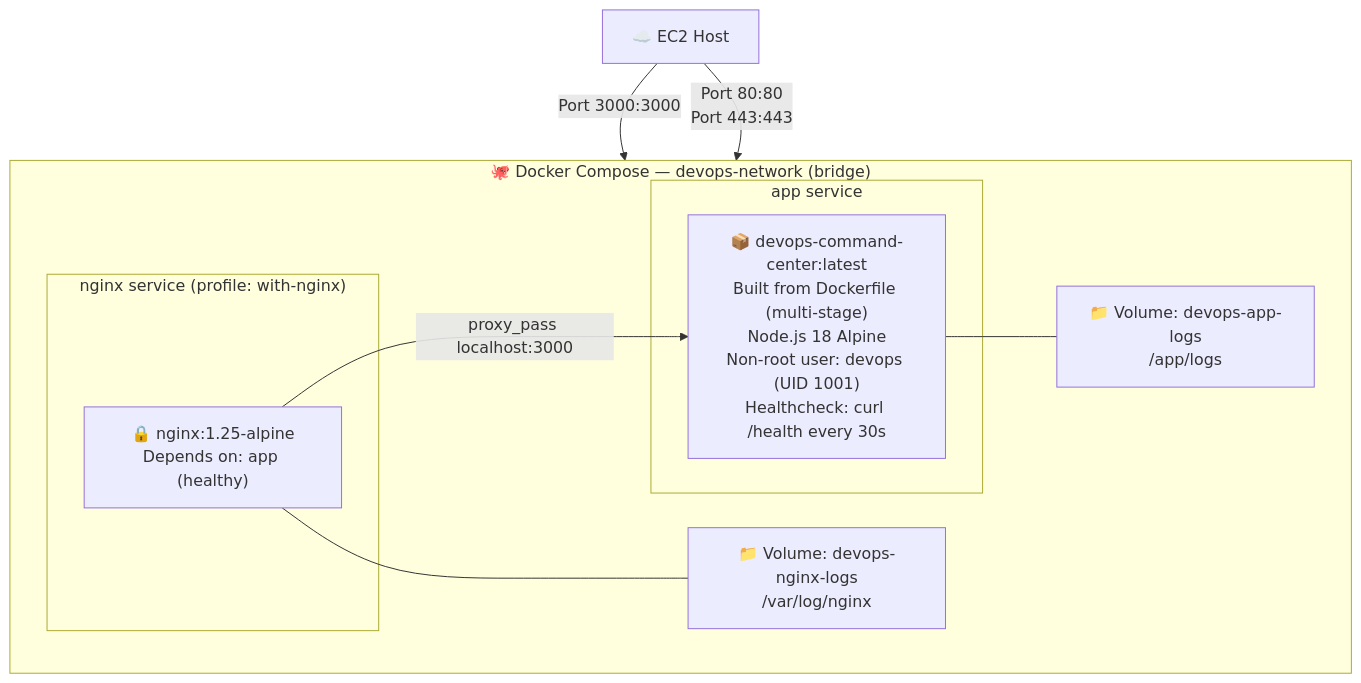
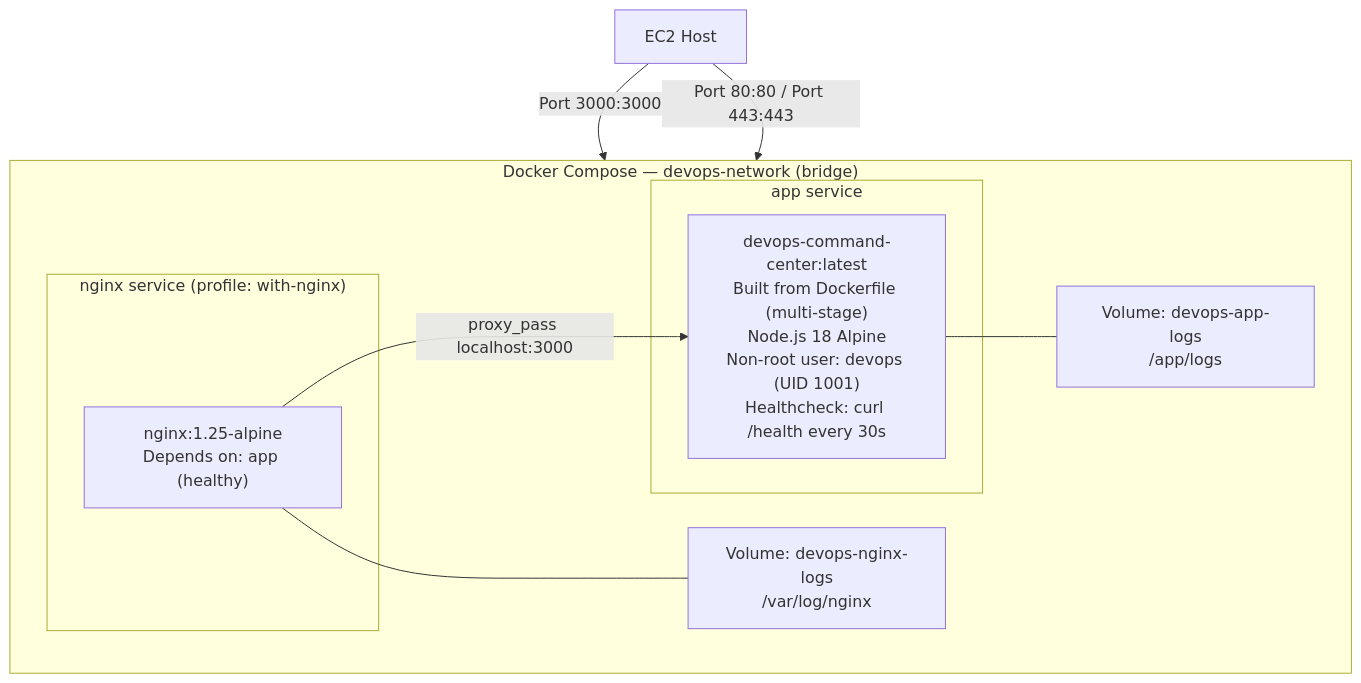
The fifth of 5 diagrams in docs/architecture.md (Harshit-Evalutation/node-web-app), drawn with Mermaid before and after one commit. The commit also changed other lines of this file and 6 other files, not shown here.

````diff
--- a/docs/architecture.md
+++ b/docs/architecture.md
@@ -120,23 +123,23 @@
 ```mermaid
 graph TB
-    subgraph Compose["🐙 Docker Compose — devops-network (bridge)"]
+    subgraph Compose["Docker Compose — devops-network (bridge)"]
         direction LR
 
         subgraph AppSvc["app service"]
-            App["📦 devops-command-center:latest<br/>Built from Dockerfile (multi-stage)<br/>Node.js 18 Alpine<br/>Non-root user: devops (UID 1001)<br/>Healthcheck: curl /health every 30s"]
+            App["devops-command-center:latest<br/>Built from Dockerfile (multi-stage)<br/>Node.js 18 Alpine<br/>Non-root user: devops (UID 1001)<br/>Healthcheck: curl /health every 30s"]
         end
 
         subgraph NginxSvc["nginx service (profile: with-nginx)"]
-            NginxC["🔒 nginx:1.25-alpine<br/>Depends on: app (healthy)"]
+            NginxC["nginx:1.25-alpine<br/>Depends on: app (healthy)"]
         end
 
-        Logs["📁 Volume: devops-app-logs<br/>/app/logs"]
-        NginxLogs["📁 Volume: devops-nginx-logs<br/>/var/log/nginx"]
+        Logs["Volume: devops-app-logs<br/>/app/logs"]
+        NginxLogs["Volume: devops-nginx-logs<br/>/var/log/nginx"]
     end
 
-    Host["☁️ EC2 Host"] -->|"Port 3000:3000"| App
-    Host -->|"Port 80:80<br/>Port 443:443"| NginxC
+    Host["EC2 Host"] -->|"Port 3000:3000"| App
+    Host -->|"Port 80:80 / Port 443:443"| NginxC
     App --- Logs
     NginxC --- NginxLogs
     NginxC -->|"proxy_pass localhost:3000"| App
 ```
````
